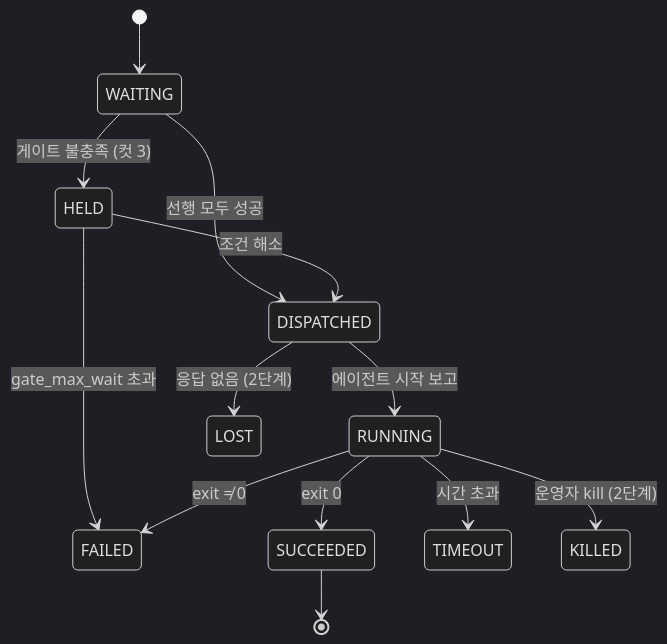
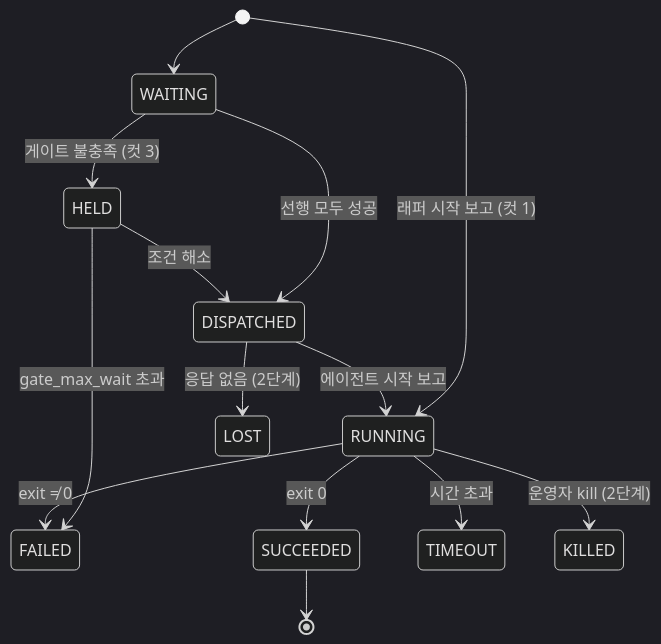
Before and after one commit to bulletgirls/contune: the third of 3 diagrams in docs/02-mvp-architecture.md, drawn with Mermaid (dark theme). The commit also changed other lines of this file and 3 other files, not shown here.

````diff
--- a/docs/02-mvp-architecture.md
+++ b/docs/02-mvp-architecture.md
@@ -367,15 +407,16 @@
 ```mermaid
 stateDiagram-v2
   [*] --> WAITING
+  [*] --> RUNNING: 래퍼 시작 보고 (컷 1)
   WAITING --> DISPATCHED: 선행 모두 성공
   WAITING --> HELD: 게이트 불충족 (컷 3)
   HELD --> DISPATCHED: 조건 해소
   HELD --> FAILED: gate_max_wait 초과
   DISPATCHED --> RUNNING: 에이전트 시작 보고
   DISPATCHED --> LOST: 응답 없음 (2단계)
   RUNNING --> SUCCEEDED: exit 0
   RUNNING --> FAILED: exit ≠ 0
   RUNNING --> TIMEOUT: 시간 초과
   RUNNING --> KILLED: 운영자 kill (2단계)
   SUCCEEDED --> [*]
 ```
````
